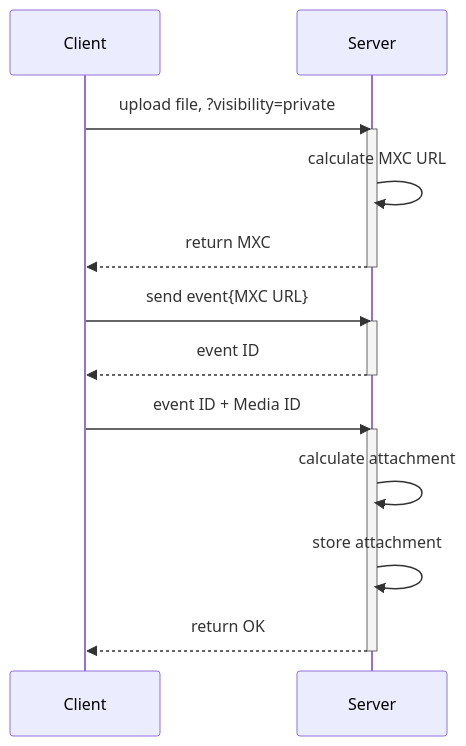
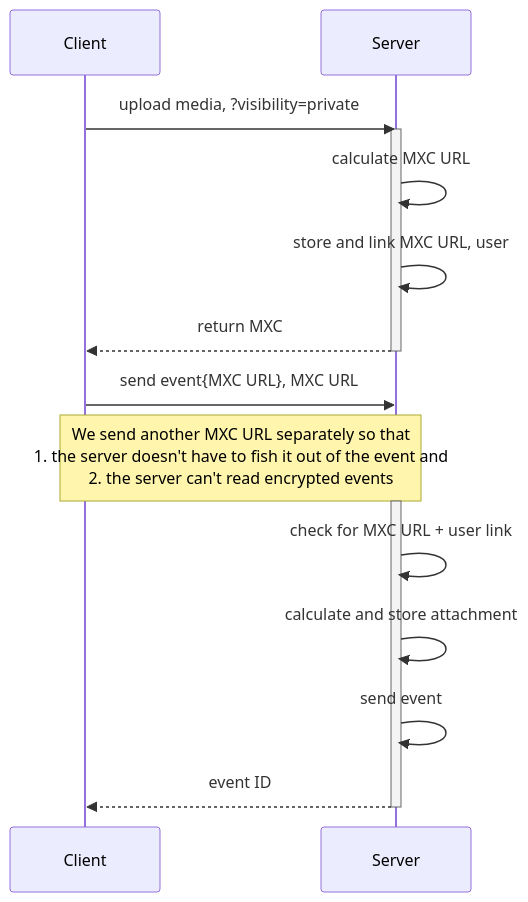
The first of 3 diagrams in proposals/xxxx-authenticated-media.md (anoadragon453/matrix-doc), drawn with Mermaid before and after one commit. The commit also changed other lines of this file, not shown here.

Commit message:
Get rid of nonce, upload attachment endpoint, uploading fixes

````diff
--- a/proposals/xxxx-authenticated-media.md
+++ b/proposals/xxxx-authenticated-media.md
@@ -59,22 +51,20 @@
 ```mermaid
 sequenceDiagram
     participant C as Client
     participant S as Server
-    C->>S: upload file, ?visibility=private
+    C->>S: upload media, ?visibility=private
     activate S
     S->>S: calculate MXC URL
+    S->>S: store and link MXC URL, user
     S-->>C: return MXC
     deactivate S
 
-    C->>S: send event{MXC URL}
+    C->>S: send event{MXC URL}, MXC URL
+    Note over C,S: We send another MXC URL separately so that <br>1. the server doesn't have to fish it out of the event and <br>2. the server can't read encrypted events
     activate S
+    S->>S: check for MXC URL + user link
+    S->>S: calculate and store attachment
+    S->>S: send event
     S-->>C: event ID
     deactivate S
-    
-    C->>S: event ID + Media ID
-    activate S
-    S->>S: calculate attachment
-    S->>S: store attachment
-    S-->>C: return OK
-    deactivate S
 ```
````
